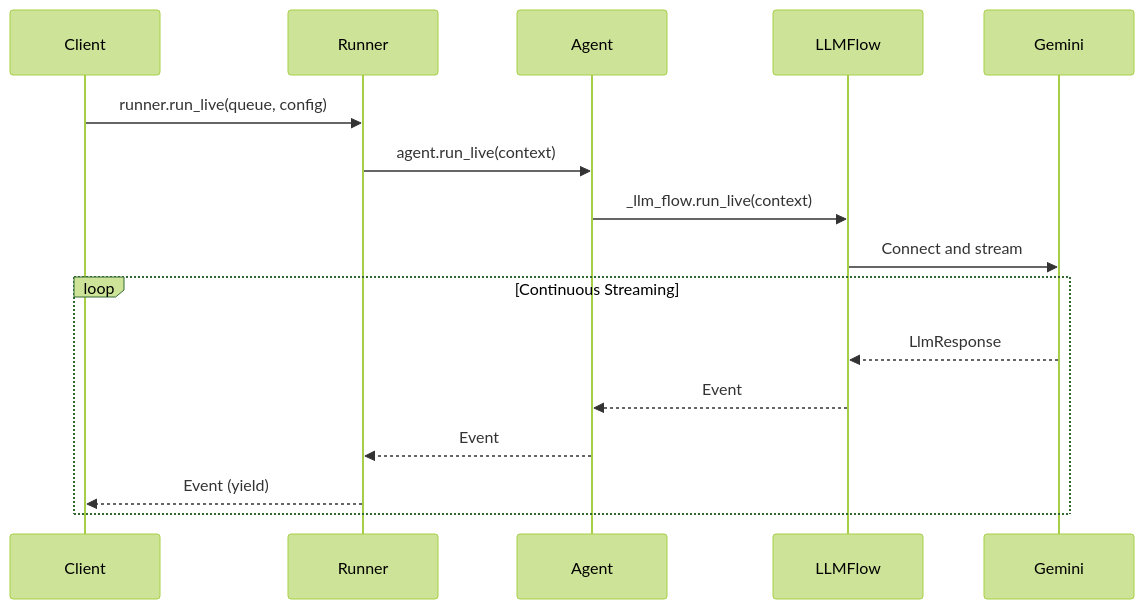
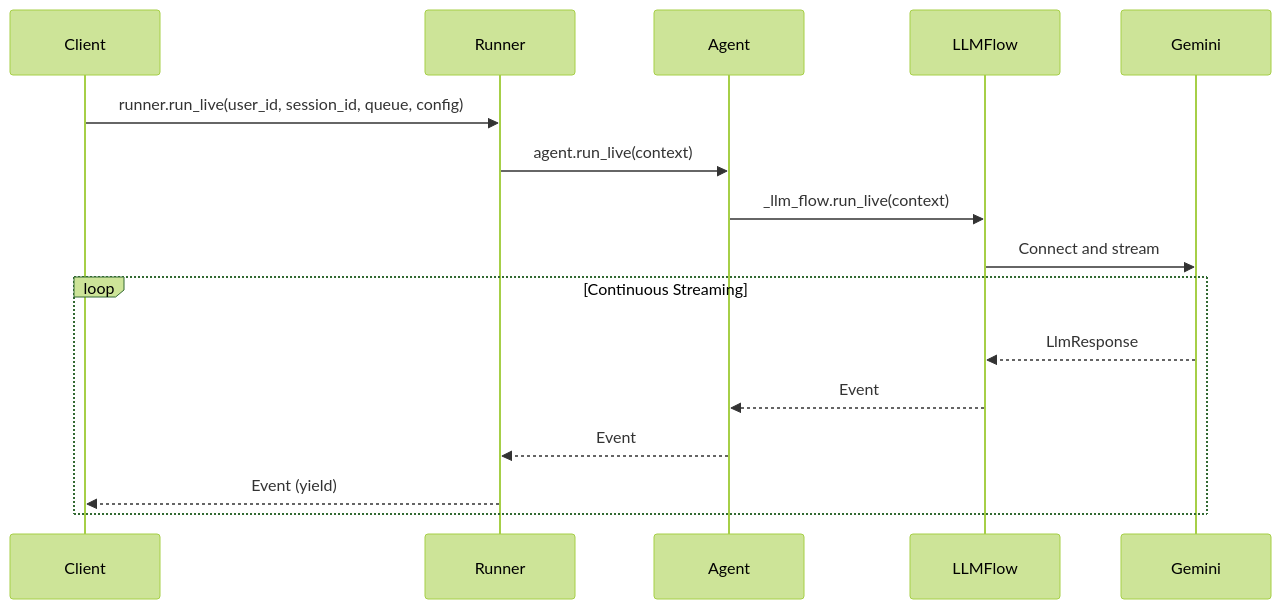
The diagram in docs/part3_run_live.md (kazunori279/adk-streaming-guide), drawn with Mermaid (forest theme) before and after one commit. The commit also changed other lines of this file and 1 other file, not shown here.

````diff
--- a/docs/part3_run_live.md
+++ b/docs/part3_run_live.md
@@ -38,20 +38,20 @@
 ```mermaid
 sequenceDiagram
     participant Client
     participant Runner
     participant Agent
     participant LLMFlow
     participant Gemini
 
-    Client->>Runner: runner.run_live(queue, config)
+    Client->>Runner: runner.run_live(user_id, session_id, queue, config)
     Runner->>Agent: agent.run_live(context)
     Agent->>LLMFlow: _llm_flow.run_live(context)
     LLMFlow->>Gemini: Connect and stream
 
     loop Continuous Streaming
         Gemini-->>LLMFlow: LlmResponse
         LLMFlow-->>Agent: Event
         Agent-->>Runner: Event
         Runner-->>Client: Event (yield)
     end
 ```
````
